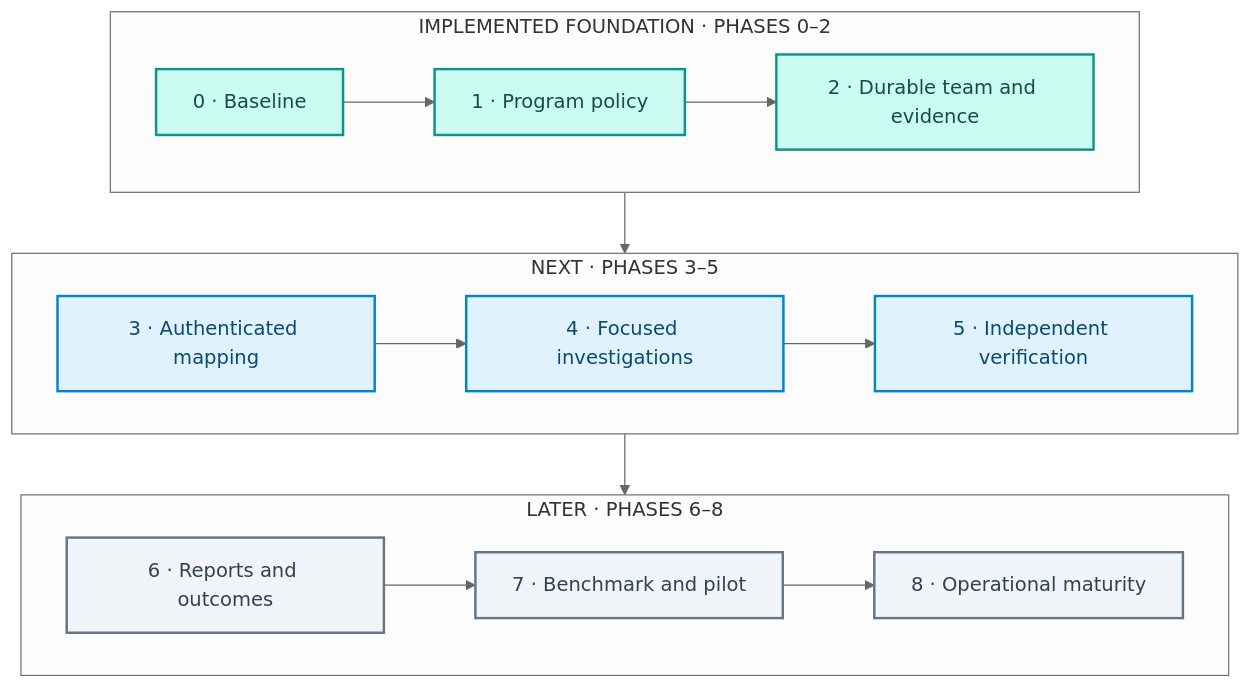
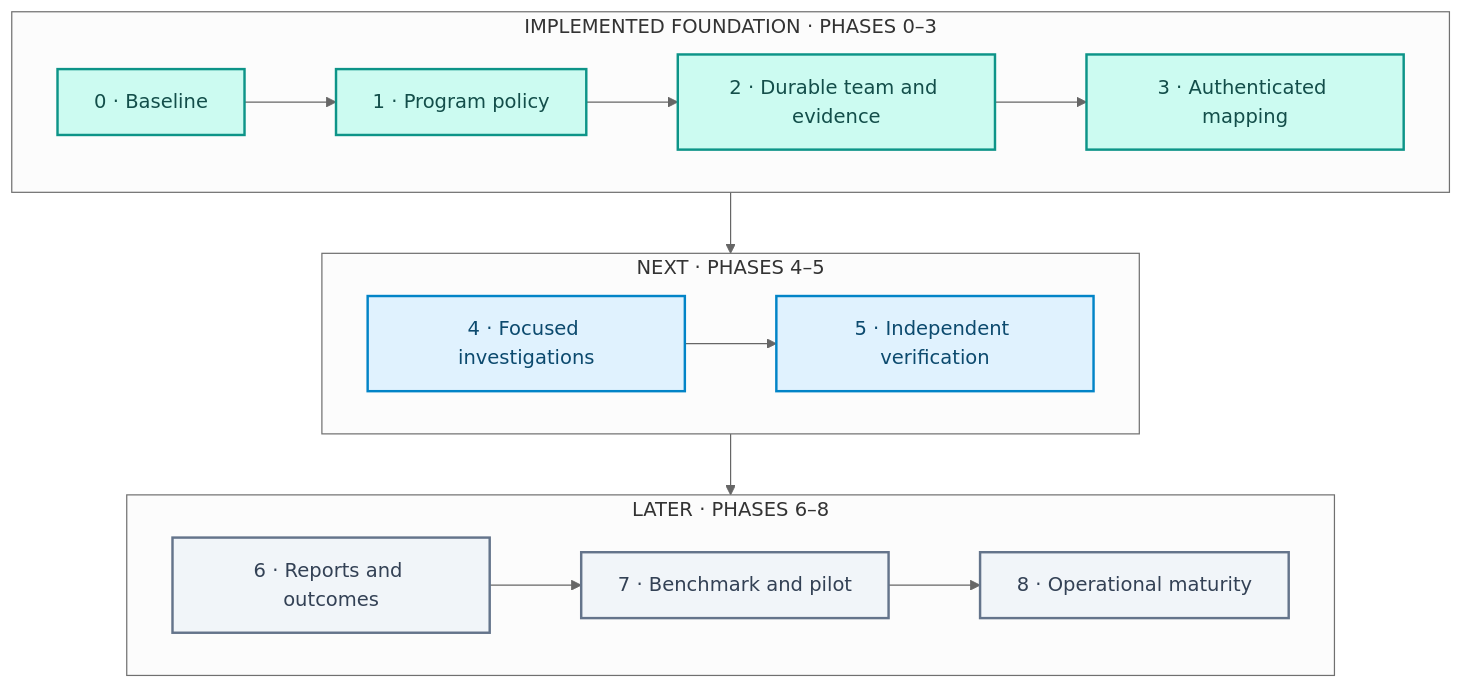
Before and after one commit to Hrr-Yassin/ARIA: the fourth of 4 diagrams in README.md, drawn with Mermaid (neutral theme). The commit also changed other lines of this file and 38 other files, not shown here.

````diff
--- a/README.md
+++ b/README.md
@@ -211,24 +212,24 @@
 ```mermaid
 flowchart TB
-    subgraph FOUNDATION["IMPLEMENTED FOUNDATION · PHASES 0–2"]
+    subgraph FOUNDATION["IMPLEMENTED FOUNDATION · PHASES 0–3"]
         direction LR
-        P0["0 · Baseline"] --> P1["1 · Program policy"] --> P2["2 · Durable team and evidence"]
+        P0["0 · Baseline"] --> P1["1 · Program policy"] --> P2["2 · Durable team and evidence"] --> P3["3 · Authenticated mapping"]
     end
-    subgraph RESEARCH["NEXT · PHASES 3–5"]
+    subgraph RESEARCH["NEXT · PHASES 4–5"]
         direction LR
-        P3["3 · Authenticated mapping"] --> P4["4 · Focused investigations"] --> P5["5 · Independent verification"]
+        P4["4 · Focused investigations"] --> P5["5 · Independent verification"]
     end
     subgraph PRODUCT["LATER · PHASES 6–8"]
         direction LR
         P6["6 · Reports and outcomes"] --> P7["7 · Benchmark and pilot"] --> P8["8 · Operational maturity"]
     end
-    P2 --> P3
+    P3 --> P4
     P5 --> P6
 
     classDef done fill:#ccfbf1,stroke:#0d9488,color:#134e4a,stroke-width:2px;
     classDef next fill:#e0f2fe,stroke:#0284c7,color:#0c4a6e,stroke-width:2px;
     classDef later fill:#f1f5f9,stroke:#64748b,color:#334155,stroke-width:2px;
-    class P0,P1,P2 done;
-    class P3,P4,P5 next;
+    class P0,P1,P2,P3 done;
+    class P4,P5 next;
     class P6,P7,P8 later;
 ```
````
